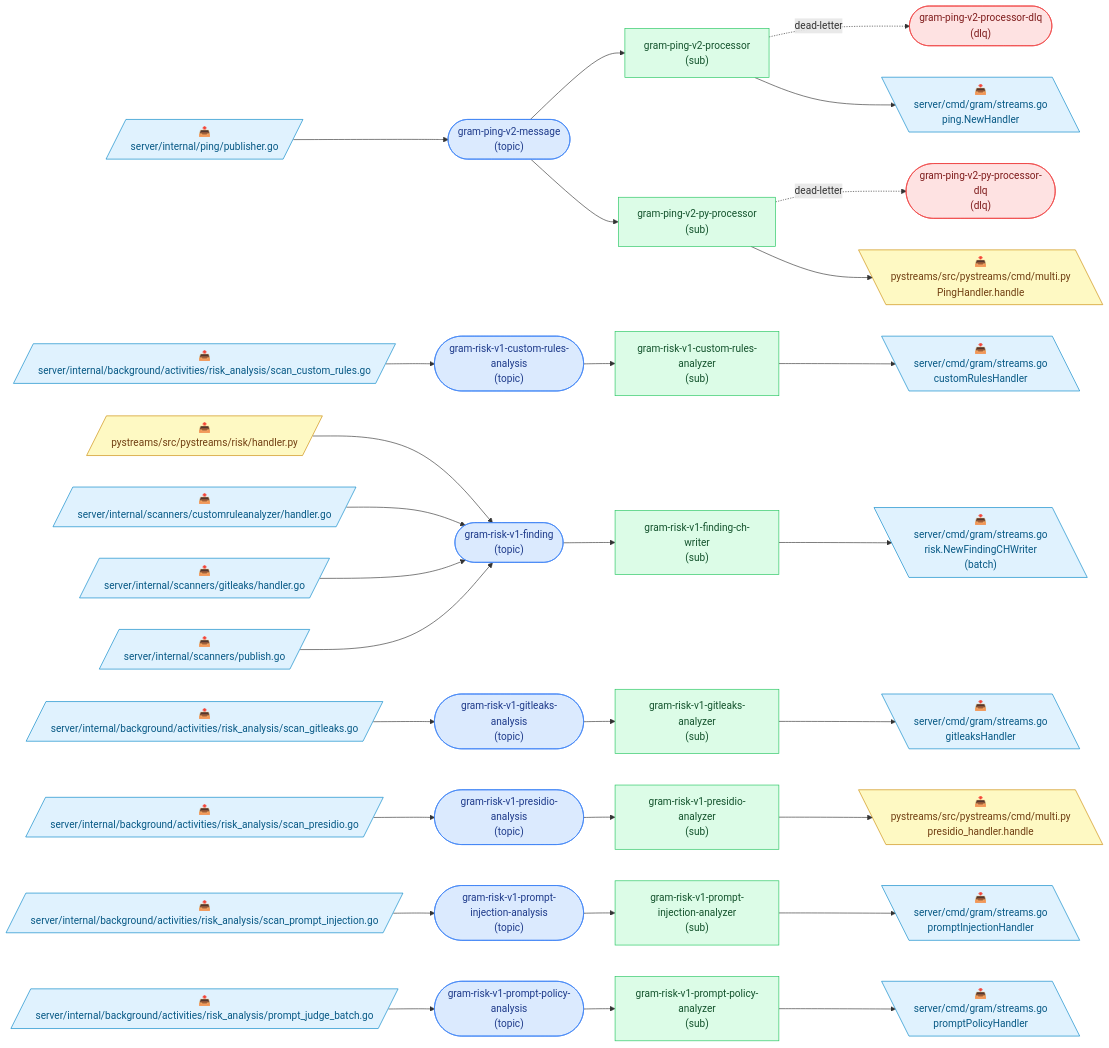
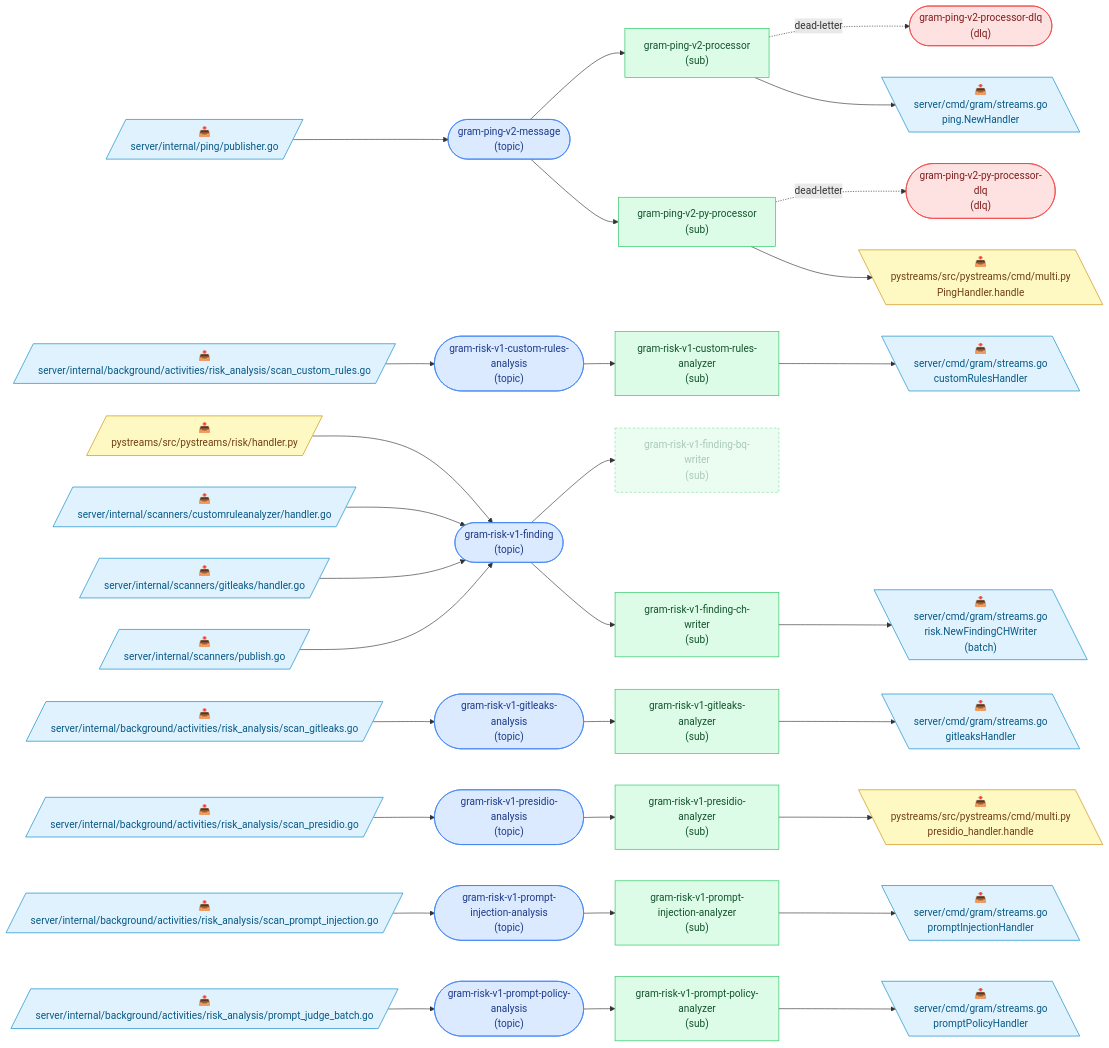
The diagram in docs/pubsub-topology.md (speakeasy-api/gram), drawn with Mermaid before and after one commit. The commit also changed other lines of this file and 7 other files, not shown here.

````diff
--- a/docs/pubsub-topology.md
+++ b/docs/pubsub-topology.md
@@ -9,74 +9,78 @@
 ```mermaid
 flowchart LR
   classDef topic fill:#dbeafe,stroke:#3b82f6,color:#1e3a8a;
   classDef dlq fill:#fee2e2,stroke:#ef4444,color:#7f1d1d;
   classDef sub fill:#dcfce7,stroke:#22c55e,color:#14532d;
   classDef go fill:#e0f2fe,stroke:#0284c7,color:#075985;
   classDef python fill:#fef9c3,stroke:#ca8a04,color:#713f12;
   classDef deprecated stroke-dasharray:4 3,opacity:0.55;
 
   t_gram_ping_v2_message(["gram-ping-v2-message<br/>(topic)"]):::topic
   t_gram_ping_v2_processor_dlq(["gram-ping-v2-processor-dlq<br/>(dlq)"]):::dlq
   t_gram_ping_v2_py_processor_dlq(["gram-ping-v2-py-processor-dlq<br/>(dlq)"]):::dlq
   t_gram_risk_v1_custom_rules_analysis(["gram-risk-v1-custom-rules-analysis<br/>(topic)"]):::topic
   t_gram_risk_v1_finding(["gram-risk-v1-finding<br/>(topic)"]):::topic
   t_gram_risk_v1_gitleaks_analysis(["gram-risk-v1-gitleaks-analysis<br/>(topic)"]):::topic
   t_gram_risk_v1_presidio_analysis(["gram-risk-v1-presidio-analysis<br/>(topic)"]):::topic
   t_gram_risk_v1_prompt_injection_analysis(["gram-risk-v1-prompt-injection-analysis<br/>(topic)"]):::topic
   t_gram_risk_v1_prompt_policy_analysis(["gram-risk-v1-prompt-policy-analysis<br/>(topic)"]):::topic
   s_gram_ping_v2_processor["gram-ping-v2-processor<br/>(sub)"]:::sub
   s_gram_ping_v2_py_processor["gram-ping-v2-py-processor<br/>(sub)"]:::sub
   s_gram_risk_v1_custom_rules_analyzer["gram-risk-v1-custom-rules-analyzer<br/>(sub)"]:::sub
+  s_gram_risk_v1_finding_bq_writer["gram-risk-v1-finding-bq-writer<br/>(sub)"]:::sub
   s_gram_risk_v1_finding_ch_writer["gram-risk-v1-finding-ch-writer<br/>(sub)"]:::sub
   s_gram_risk_v1_gitleaks_analyzer["gram-risk-v1-gitleaks-analyzer<br/>(sub)"]:::sub
   s_gram_risk_v1_presidio_analyzer["gram-risk-v1-presidio-analyzer<br/>(sub)"]:::sub
   s_gram_risk_v1_prompt_injection_analyzer["gram-risk-v1-prompt-injection-analyzer<br/>(sub)"]:::sub
   s_gram_risk_v1_prompt_policy_analyzer["gram-risk-v1-prompt-policy-analyzer<br/>(sub)"]:::sub
 
   p0[/"📤<br/>server/internal/ping/publisher.go"/]:::go
   p0 --> t_gram_ping_v2_message
   p1[/"📤<br/>server/internal/background/activities/risk_analysis/scan_custom_rules.go"/]:::go
   p1 --> t_gram_risk_v1_custom_rules_analysis
   p2[/"📤<br/>pystreams/src/pystreams/risk/handler.py"/]:::python
   p2 --> t_gram_risk_v1_finding
   p3[/"📤<br/>server/internal/scanners/customruleanalyzer/handler.go"/]:::go
   p3 --> t_gram_risk_v1_finding
   p4[/"📤<br/>server/internal/scanners/gitleaks/handler.go"/]:::go
   p4 --> t_gram_risk_v1_finding
   p5[/"📤<br/>server/internal/scanners/publish.go"/]:::go
   p5 --> t_gram_risk_v1_finding
   p6[/"📤<br/>server/internal/background/activities/risk_analysis/scan_gitleaks.go"/]:::go
   p6 --> t_gram_risk_v1_gitleaks_analysis
   p7[/"📤<br/>server/internal/background/activities/risk_analysis/scan_presidio.go"/]:::go
   p7 --> t_gram_risk_v1_presidio_analysis
   p8[/"📤<br/>server/internal/background/activities/risk_analysis/scan_prompt_injection.go"/]:::go
   p8 --> t_gram_risk_v1_prompt_injection_analysis
   p9[/"📤<br/>server/internal/background/activities/risk_analysis/prompt_judge_batch.go"/]:::go
   p9 --> t_gram_risk_v1_prompt_policy_analysis
   t_gram_ping_v2_message --> s_gram_ping_v2_processor
   s_gram_ping_v2_processor -. dead-letter .-> t_gram_ping_v2_processor_dlq
   t_gram_ping_v2_message --> s_gram_ping_v2_py_processor
   s_gram_ping_v2_py_processor -. dead-letter .-> t_gram_ping_v2_py_processor_dlq
   t_gram_risk_v1_custom_rules_analysis --> s_gram_risk_v1_custom_rules_analyzer
+  t_gram_risk_v1_finding --> s_gram_risk_v1_finding_bq_writer
   t_gram_risk_v1_finding --> s_gram_risk_v1_finding_ch_writer
   t_gram_risk_v1_gitleaks_analysis --> s_gram_risk_v1_gitleaks_analyzer
   t_gram_risk_v1_presidio_analysis --> s_gram_risk_v1_presidio_analyzer
   t_gram_risk_v1_prompt_injection_analysis --> s_gram_risk_v1_prompt_injection_analyzer
   t_gram_risk_v1_prompt_policy_analysis --> s_gram_risk_v1_prompt_policy_analyzer
   c10[\"📥<br/>server/cmd/gram/streams.go<br/>ping.NewHandler"\]:::go
   s_gram_ping_v2_processor --> c10
   c11[\"📥<br/>pystreams/src/pystreams/cmd/multi.py<br/>PingHandler.handle"\]:::python
   s_gram_ping_v2_py_processor --> c11
   c12[\"📥<br/>server/cmd/gram/streams.go<br/>customRulesHandler"\]:::go
   s_gram_risk_v1_custom_rules_analyzer --> c12
   c13[\"📥<br/>server/cmd/gram/streams.go<br/>risk.NewFindingCHWriter<br/>(batch)"\]:::go
   s_gram_risk_v1_finding_ch_writer --> c13
   c14[\"📥<br/>server/cmd/gram/streams.go<br/>gitleaksHandler"\]:::go
   s_gram_risk_v1_gitleaks_analyzer --> c14
   c15[\"📥<br/>pystreams/src/pystreams/cmd/multi.py<br/>presidio_handler.handle"\]:::python
   s_gram_risk_v1_presidio_analyzer --> c15
   c16[\"📥<br/>server/cmd/gram/streams.go<br/>promptInjectionHandler"\]:::go
   s_gram_risk_v1_prompt_injection_analyzer --> c16
   c17[\"📥<br/>server/cmd/gram/streams.go<br/>promptPolicyHandler"\]:::go
   s_gram_risk_v1_prompt_policy_analyzer --> c17
+
+  class s_gram_risk_v1_finding_bq_writer deprecated;
 ```
````
